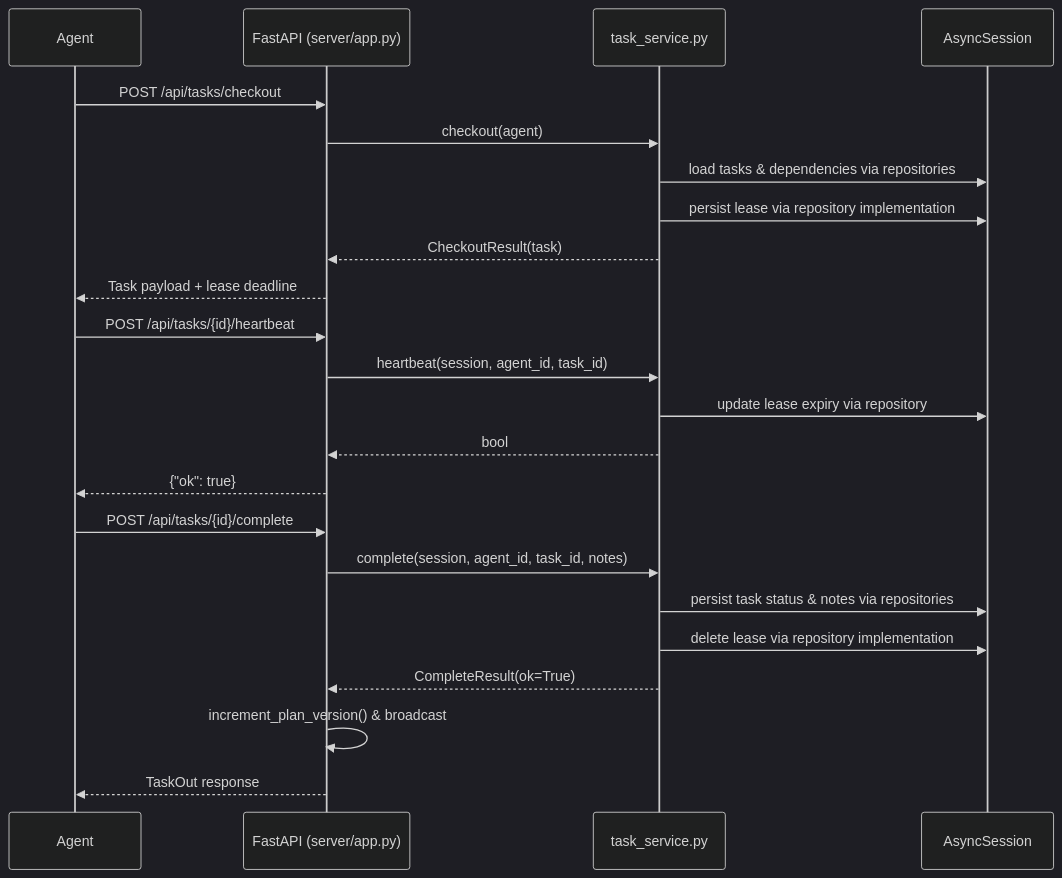
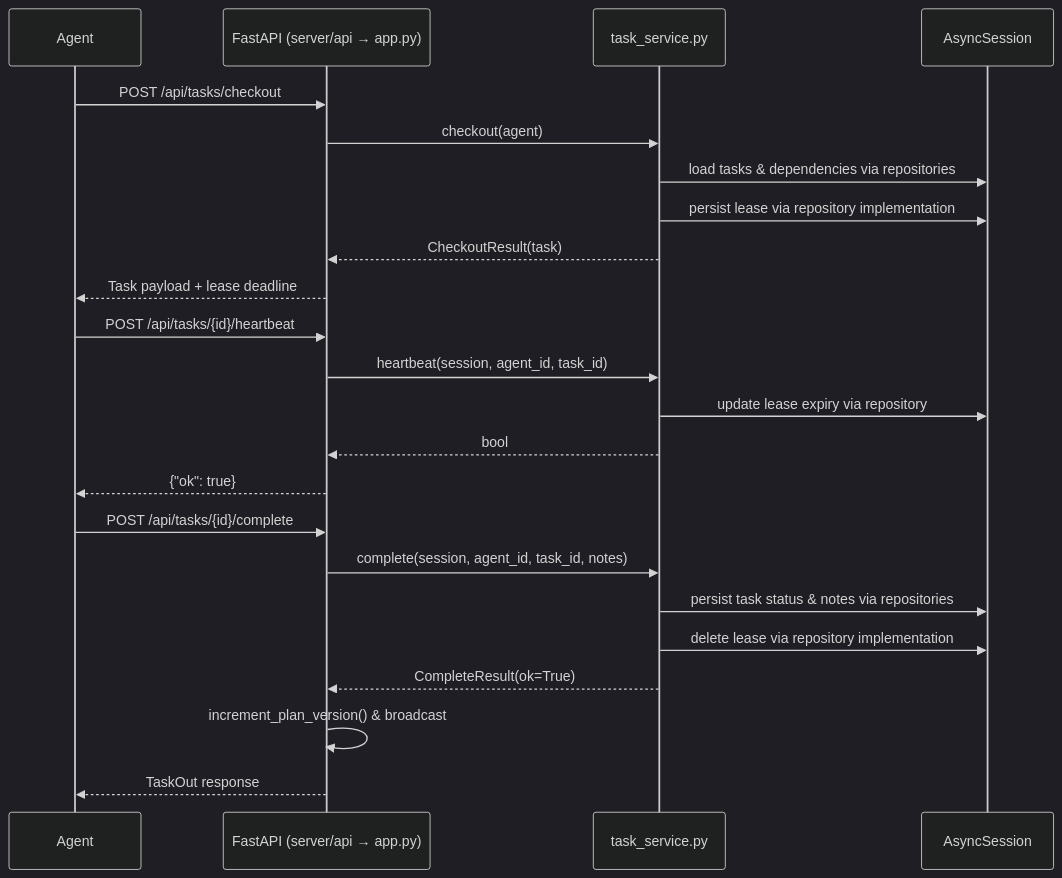
The diagram in ARCHITECTURE.md (Nobodyworld/dev-agent-switchboard), drawn with Mermaid (dark theme) before and after one commit. The commit also changed other lines of this file and 48 other files, not shown here.

````diff
--- a/ARCHITECTURE.md
+++ b/ARCHITECTURE.md
@@ -23,28 +23,28 @@
 ```mermaid
 sequenceDiagram
     participant Agent
-    participant API as FastAPI (server/app.py)
+    participant API as FastAPI (server/api → app.py)
     participant Logic as task_service.py
     participant DB as AsyncSession
 
     Agent->>API: POST /api/tasks/checkout
     API->>Logic: checkout(agent)
     Logic->>DB: load tasks & dependencies via repositories
     Logic->>DB: persist lease via repository implementation
     Logic-->>API: CheckoutResult(task)
     API-->>Agent: Task payload + lease deadline
 
     Agent->>API: POST /api/tasks/{id}/heartbeat
     API->>Logic: heartbeat(session, agent_id, task_id)
     Logic->>DB: update lease expiry via repository
     Logic-->>API: bool
     API-->>Agent: {"ok": true}
 
     Agent->>API: POST /api/tasks/{id}/complete
     API->>Logic: complete(session, agent_id, task_id, notes)
     Logic->>DB: persist task status & notes via repositories
     Logic->>DB: delete lease via repository implementation
     Logic-->>API: CompleteResult(ok=True)
     API->>API: increment_plan_version() & broadcast
     API-->>Agent: TaskOut response
 ```
````
